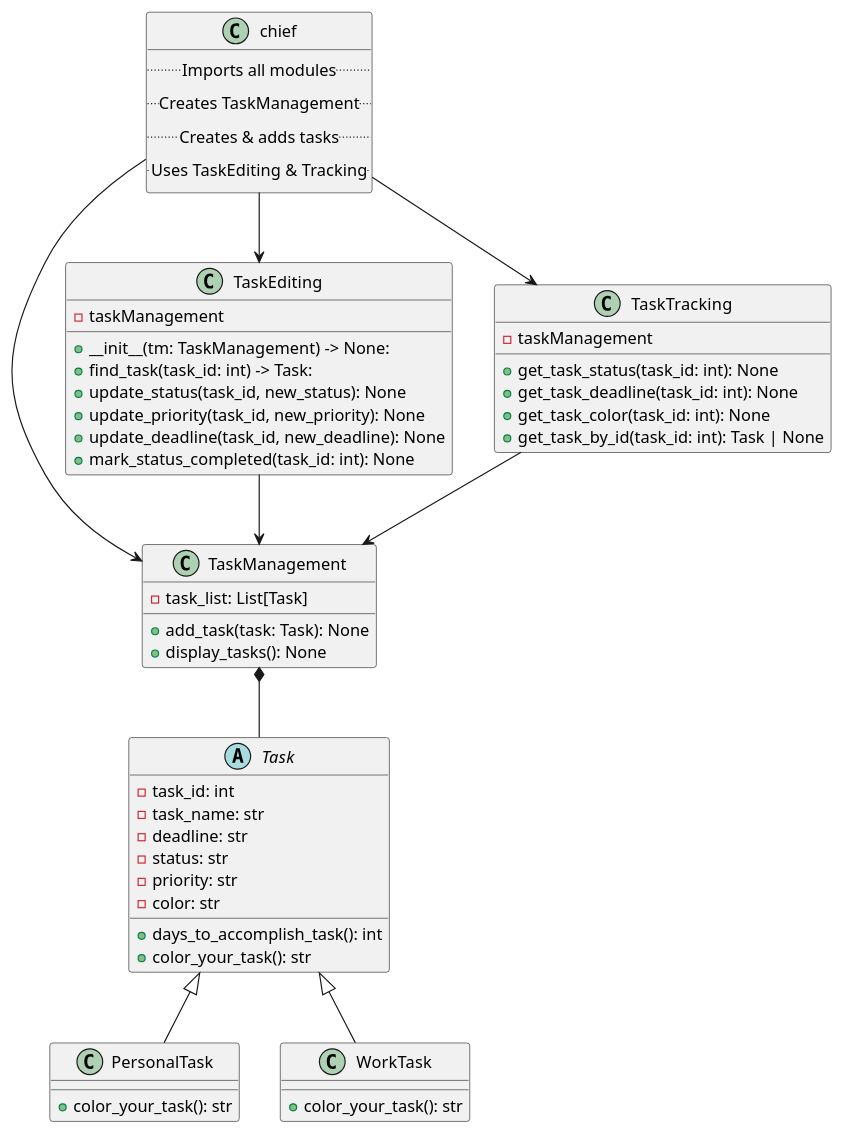
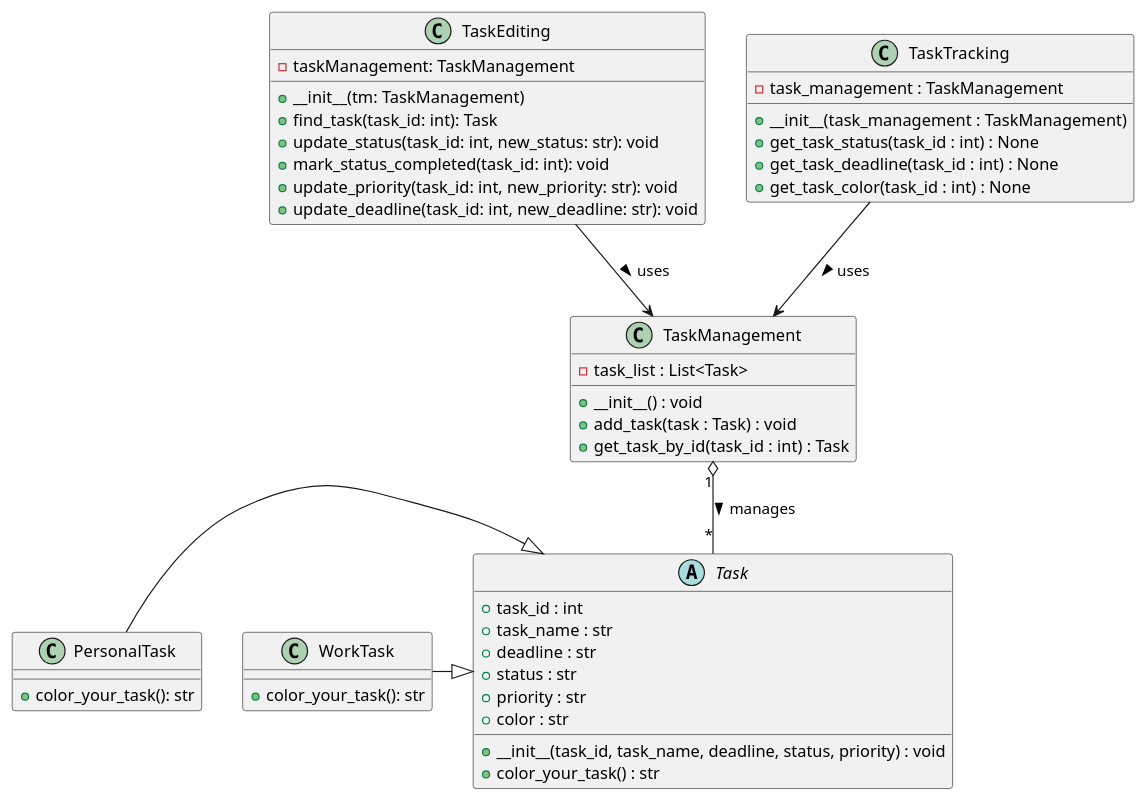
The diagram in Task Management System/docs/diagrams/src/Task Manager.wsd (werhereitacademy/Python_Modul_Week_6), drawn with PlantUML before and after one commit. The commit also changed other lines of this file and 5 other files, not shown here.

```diff
--- a/Task Management System/docs/diagrams/src/Task Manager.wsd
+++ b/Task Management System/docs/diagrams/src/Task Manager.wsd
@@ -1,66 +1,61 @@
 @startuml
 
-' Soyut sınıf
 abstract class Task {
-    - task_id: int
-    - task_name: str
-    - deadline: str
-    - status: str
-    - priority: str
-    - color: str
-    + days_to_accomplish_task(): int
-    + color_your_task(): str
+    +task_id : int
+    +task_name : str
+    +deadline : str
+    +status : str
+    +priority : str
+    +color : str
+    __
+    +__init__(task_id, task_name, deadline, status, priority) : void
+    +color_your_task() : str
 }
 
 class PersonalTask {
     + color_your_task(): str
 }
 
 class WorkTask {
     + color_your_task(): str
 }
 
 class TaskManagement {
-    - task_list: List[Task]
-    + add_task(task: Task): None
-    + display_tasks(): None
+    -task_list : List<Task>
+    __
+    +__init__() : void
+    +add_task(task : Task) : void
+    +get_task_by_id(task_id : int) : Task
 }
 
+
 class TaskEditing {
-    - taskManagement
-    + __init__(tm: TaskManagement) -> None:
-    + find_task(task_id: int) -> Task:
-    + update_status(task_id, new_status): None
-    + update_priority(task_id, new_priority): None
-    + update_deadline(task_id, new_deadline): None
-    + mark_status_completed(task_id: int): None
+    - taskManagement: TaskManagement
+    __
+    + __init__(tm: TaskManagement)
+    + find_task(task_id: int): Task
+    + update_status(task_id: int, new_status: str): void
+    + mark_status_completed(task_id: int): void
+    + update_priority(task_id: int, new_priority: str): void
+    + update_deadline(task_id: int, new_deadline: str): void
 }
 
 class TaskTracking {
-    - taskManagement
-    + get_task_status(task_id: int): None
-    + get_task_deadline(task_id: int): None
-    + get_task_color(task_id: int): None
-    + get_task_by_id(task_id: int): Task | None
+    -task_management : TaskManagement
+    __
+    +__init__(task_management : TaskManagement)
+    +get_task_status(task_id : int) : None
+    +get_task_deadline(task_id : int) : None
+    +get_task_color(task_id : int) : None
 }
 
-class chief {
-    .. Imports all modules ..
-    .. Creates TaskManagement ..
-    .. Creates & adds tasks ..
-    .. Uses TaskEditing & Tracking ..
-}
+' Inheritance
+PersonalTask -|> Task
+WorkTask -|> Task
 
-' Kalıtım ilişkileri
-Task <|-- PersonalTask
-Task <|-- WorkTask
+' Aggregation / Association
+TaskManagement "1" o-- "*" Task : manages >
+TaskEditing --> TaskManagement : uses >
+TaskTracking --> TaskManagement : uses >
 
-' Bileşen ilişkileri
-TaskManagement *-- Task
-TaskEditing --> TaskManagement
-TaskTracking --> TaskManagement
-chief --> TaskEditing
-chief --> TaskTracking
-chief --> TaskManagement
-
-@enduml
+@enduml and tracking tasks.
```
